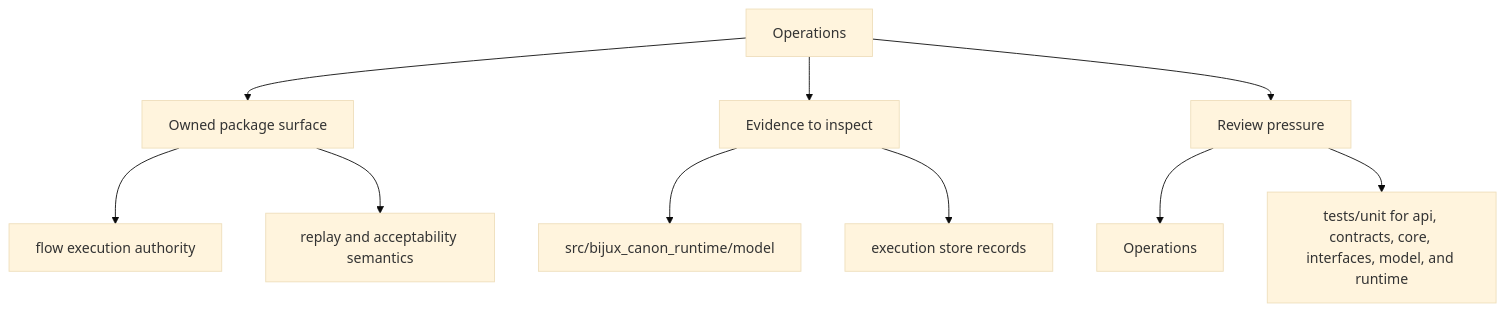
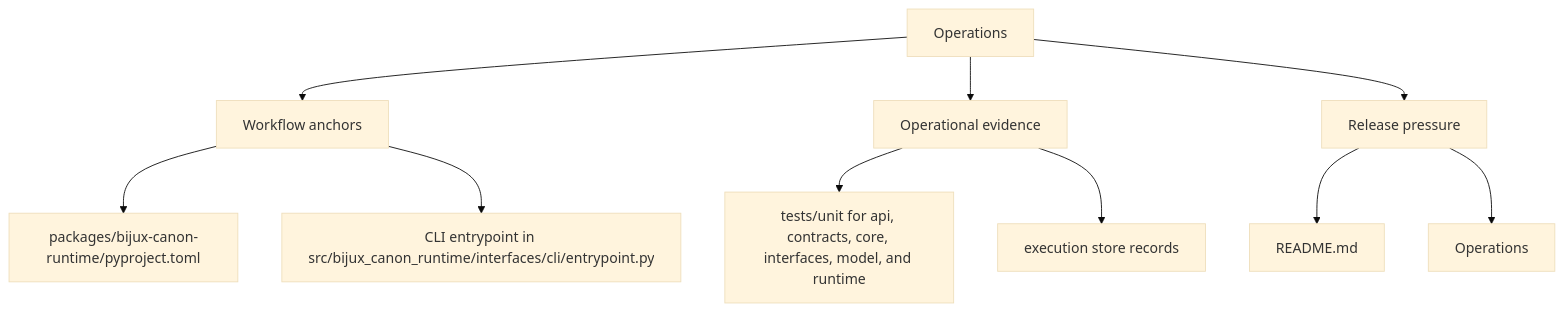
Before and after one commit to bijux/bijux-canon: the second of 2 diagrams in docs/bijux-canon-runtime/operations/index.md, drawn with Mermaid (base theme). The commit also changed other lines of this file and 250 other files, not shown here.

Commit message:
docs(diagrams): make product page maps more readable

````diff
--- a/docs/bijux-canon-runtime/operations/index.md
+++ b/docs/bijux-canon-runtime/operations/index.md
@@ -32,22 +32,22 @@
 ```mermaid
 flowchart TD
     page["Operations"]
-    focus1["Owned package surface"]
+    focus1["Workflow anchors"]
     page --> focus1
-    focus1_1["flow execution authority"]
+    focus1_1["packages/bijux-canon-runtime/pyproject.toml"]
     focus1 --> focus1_1
-    focus1_2["replay and acceptability semantics"]
+    focus1_2["CLI entrypoint in src/bijux_canon_runtime/interfaces/cli/entrypoint.py"]
     focus1 --> focus1_2
-    focus2["Evidence to inspect"]
+    focus2["Operational evidence"]
     page --> focus2
-    focus2_1["src/bijux_canon_runtime/model"]
+    focus2_1["tests/unit for api, contracts, core, interfaces, model, and runtime"]
     focus2 --> focus2_1
     focus2_2["execution store records"]
     focus2 --> focus2_2
-    focus3["Review pressure"]
+    focus3["Release pressure"]
     page --> focus3
-    focus3_1["Operations"]
+    focus3_1["README.md"]
     focus3 --> focus3_1
-    focus3_2["tests/unit for api, contracts, core, interfaces, model, and runtime"]
+    focus3_2["Operations"]
     focus3 --> focus3_2
 ```
````
